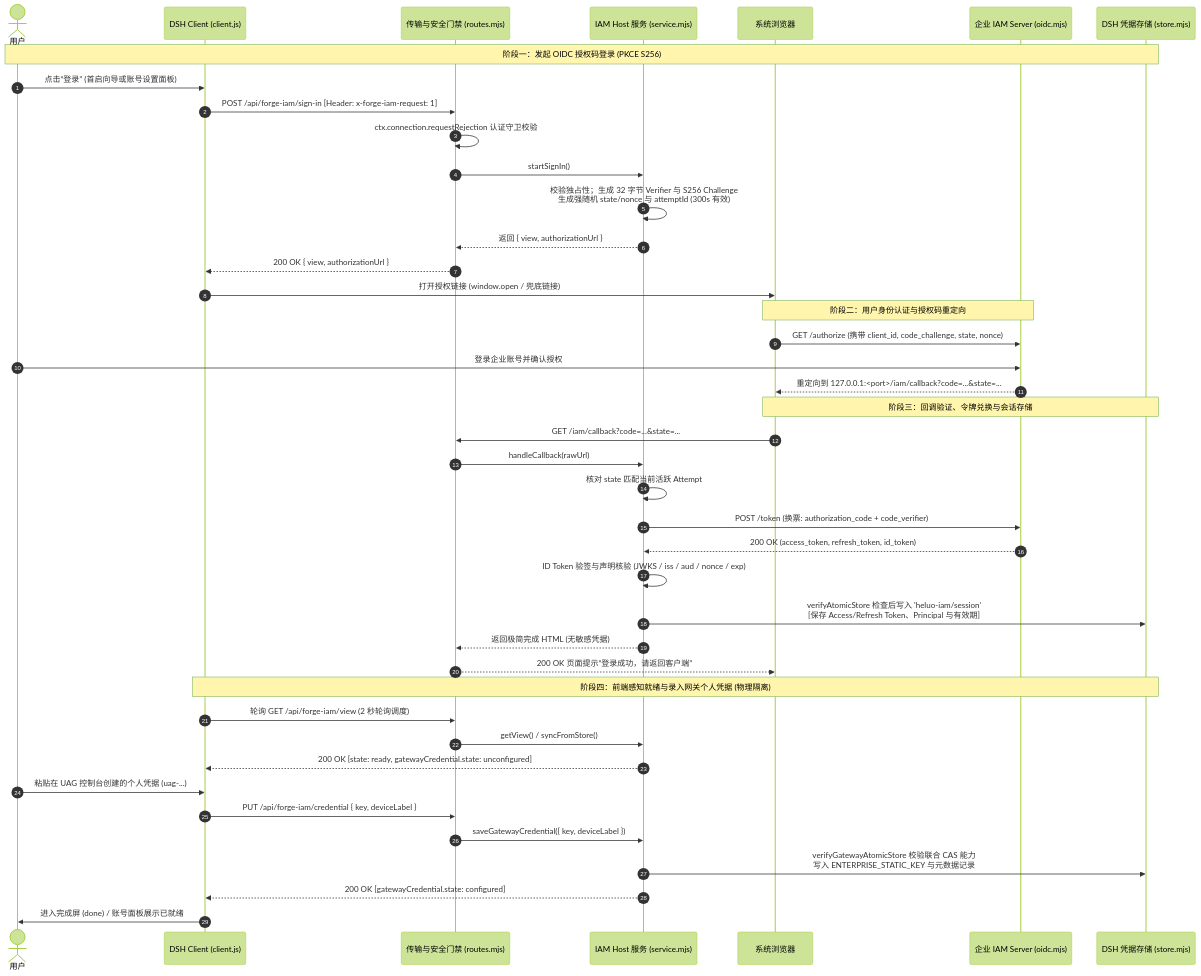
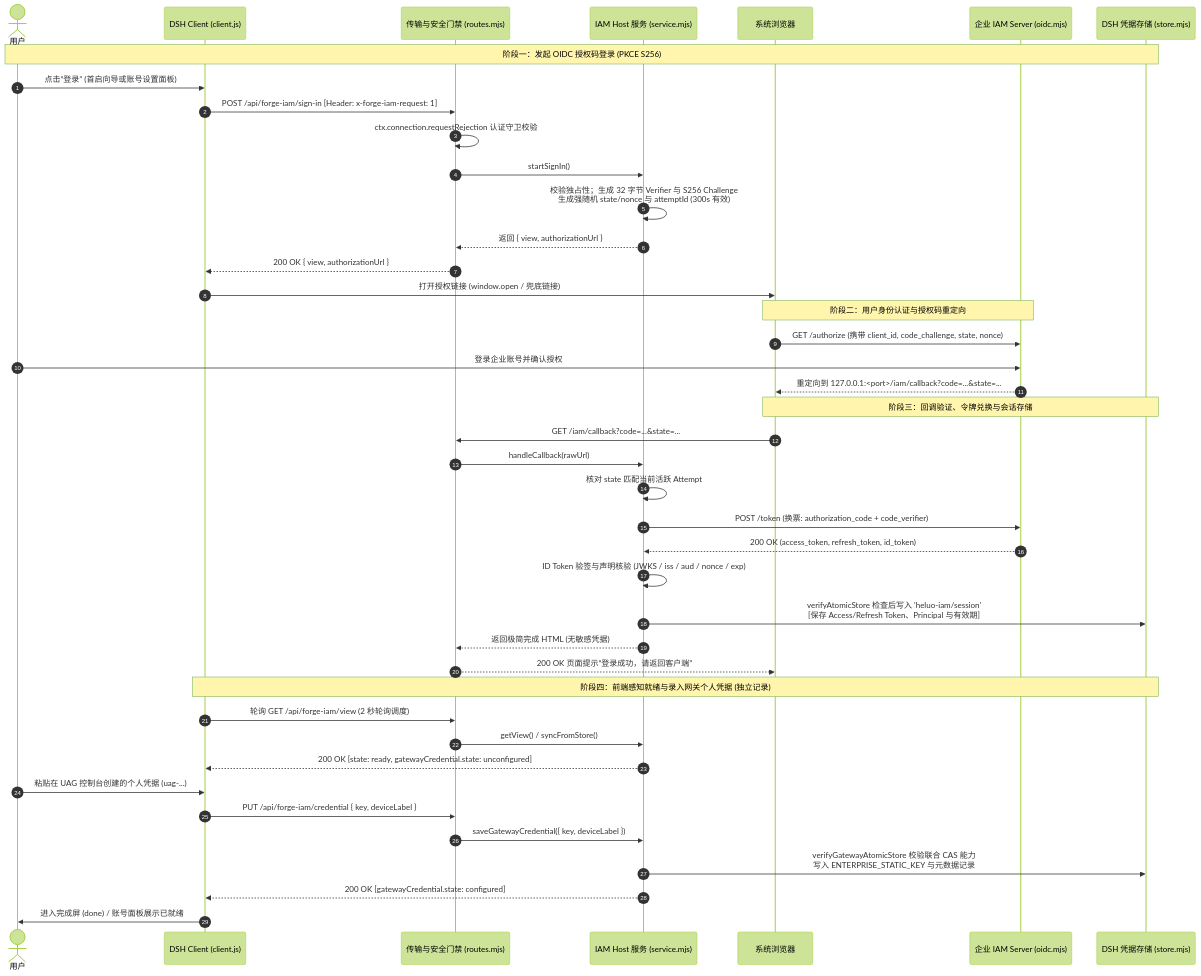
One commit to hrygo/heluo-forge changed the third of 6 diagrams in docs/design/plugins/forge-iam.md. Above: the diagram before and after it, drawn with Mermaid (forest theme). The commit also changed other lines of this file and 121 other files, not shown here.

````diff
--- a/docs/design/plugins/forge-iam.md
+++ b/docs/design/plugins/forge-iam.md
@@ -549,48 +553,48 @@
 ```mermaid
 sequenceDiagram
   autonumber
   actor User as 用户
   participant Client as DSH Client (client.js)
   participant Transport as 传输与安全门禁 (routes.mjs)
   participant Host as IAM Host 服务 (service.mjs)
   participant Browser as 系统浏览器
   participant IAM as 企业 IAM Server (oidc.mjs)
   participant Store as DSH 凭据存储 (store.mjs)
 
   Note over User, Store: 阶段一：发起 OIDC 授权码登录 (PKCE S256)
   User->>Client: 点击“登录” (首启向导或账号设置面板)
   Client->>Transport: POST /api/forge-iam/sign-in [Header: x-forge-iam-request: 1]
   Transport->>Transport: ctx.connection.requestRejection 认证守卫校验
   Transport->>Host: startSignIn()
   Host->>Host: 校验独占性；生成 32 字节 Verifier 与 S256 Challenge<br/>生成强随机 state/nonce 与 attemptId (300s 有效)
   Host-->>Transport: 返回 { view, authorizationUrl }
   Transport-->>Client: 200 OK { view, authorizationUrl }
   Client->>Browser: 打开授权链接 (window.open / 兜底链接)
 
   Note over Browser, IAM: 阶段二：用户身份认证与授权码重定向
   Browser->>IAM: GET /authorize (携带 client_id, code_challenge, state, nonce)
   User->>IAM: 登录企业账号并确认授权
   IAM-->>Browser: 重定向到 127.0.0.1:<port>/iam/callback?code=...&state=...
 
   Note over Browser, Store: 阶段三：回调验证、令牌兑换与会话存储
   Browser->>Transport: GET /iam/callback?code=...&state=...
   Transport->>Host: handleCallback(rawUrl)
   Host->>Host: 核对 state 匹配当前活跃 Attempt
   Host->>IAM: POST /token (换票: authorization_code + code_verifier)
   IAM-->>Host: 200 OK (access_token, refresh_token, id_token)
   Host->>Host: ID Token 验签与声明核验 (JWKS / iss / aud / nonce / exp)
   Host->>Store: verifyAtomicStore 检查后写入 'heluo-iam/session'<br/>[保存 Access/Refresh Token、Principal 与有效期]
   Host-->>Transport: 返回极简完成 HTML (无敏感凭据)
   Transport-->>Browser: 200 OK 页面提示“登录成功，请返回客户端”
 
-  Note over Client, Store: 阶段四：前端感知就绪与录入网关个人凭据 (物理隔离)
+  Note over Client, Store: 阶段四：前端感知就绪与录入网关个人凭据 (独立记录)
   Client->>Transport: 轮询 GET /api/forge-iam/view (2 秒轮询调度)
   Transport->>Host: getView() / syncFromStore()
   Host-->>Client: 200 OK [state: ready, gatewayCredential.state: unconfigured]
   User->>Client: 粘贴在 UAG 控制台创建的个人凭据 (uag-...)
   Client->>Transport: PUT /api/forge-iam/credential { key, deviceLabel }
   Transport->>Host: saveGatewayCredential({ key, deviceLabel })
   Host->>Store: verifyGatewayAtomicStore 校验联合 CAS 能力<br/>写入 ENTERPRISE_STATIC_KEY 与元数据记录
   Host-->>Client: 200 OK [gatewayCredential.state: configured]
   Client->>User: 进入完成屏 (done) / 账号面板展示已就绪
 ```
````
